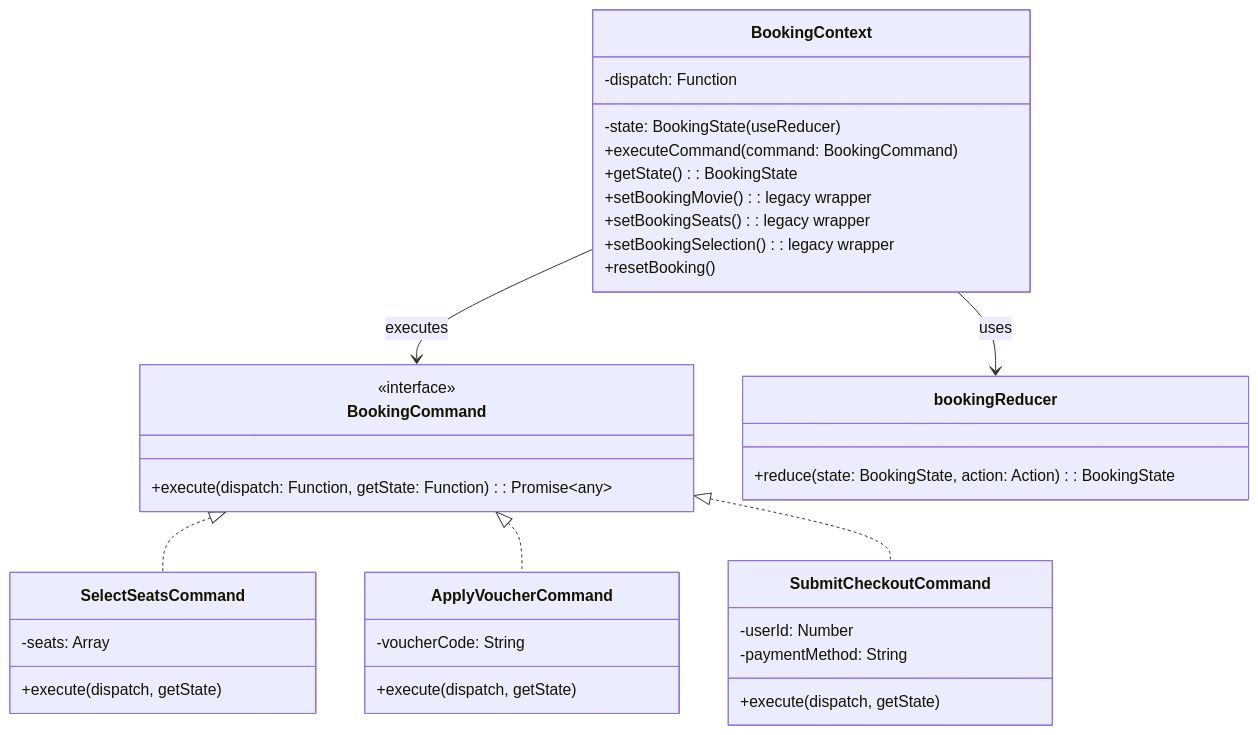
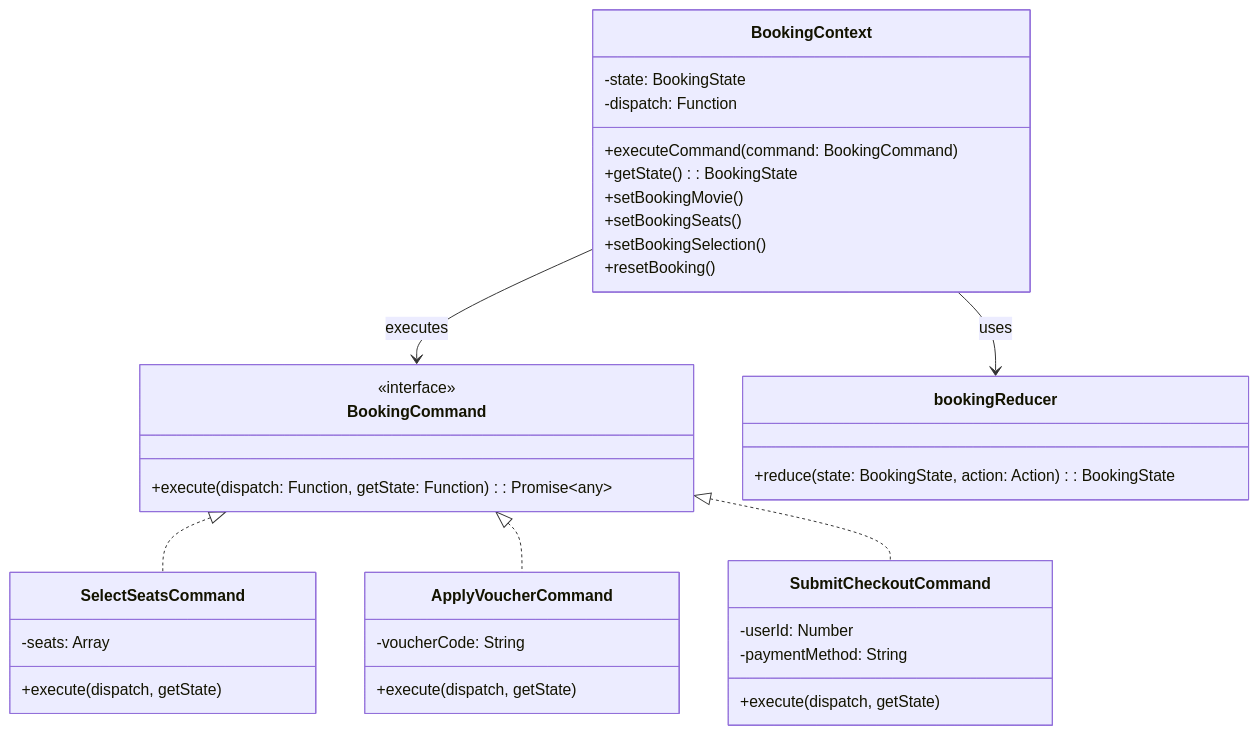
One commit to anhtudayne/Design_Pattern changed the fourth of 5 diagrams in Tu_Design_Pattern.md. Above: the diagram before and after it, drawn with Mermaid. The commit also changed other lines of this file and 78 other files, not shown here.

````diff
--- a/Tu_Design_Pattern.md
+++ b/Tu_Design_Pattern.md
@@ -407,45 +295,45 @@
 ```mermaid
 classDiagram
     class BookingCommand {
         <<interface>>
         +execute(dispatch: Function, getState: Function) : Promise~any~
     }
 
     class SelectSeatsCommand {
         -seats: Array
         +execute(dispatch, getState)
     }
 
     class ApplyVoucherCommand {
         -voucherCode: String
         +execute(dispatch, getState)
     }
 
     class SubmitCheckoutCommand {
         -userId: Number
         -paymentMethod: String
         +execute(dispatch, getState)
     }
 
     BookingCommand <|.. SelectSeatsCommand
     BookingCommand <|.. ApplyVoucherCommand
     BookingCommand <|.. SubmitCheckoutCommand
 
     class bookingReducer {
         +reduce(state: BookingState, action: Action) : BookingState
     }
 
     class BookingContext {
-        -state: BookingState  (useReducer)
+        -state: BookingState
         -dispatch: Function
         +executeCommand(command: BookingCommand)
         +getState() : BookingState
-        +setBookingMovie() : legacy wrapper
-        +setBookingSeats() : legacy wrapper
-        +setBookingSelection() : legacy wrapper
+        +setBookingMovie()
+        +setBookingSeats()
+        +setBookingSelection()
         +resetBooking()
     }
 
     BookingContext --> bookingReducer : uses
     BookingContext --> BookingCommand : executes
 ```
````
